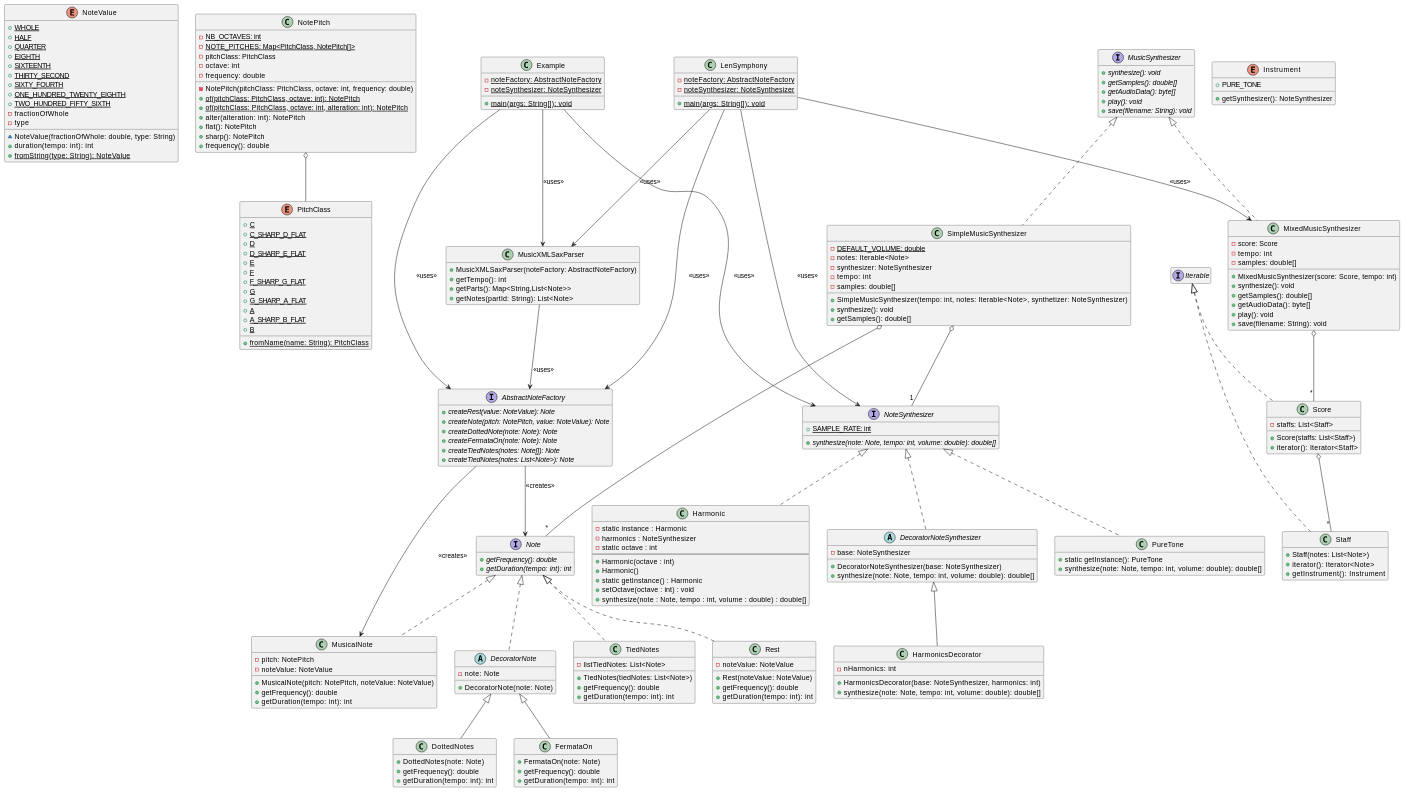
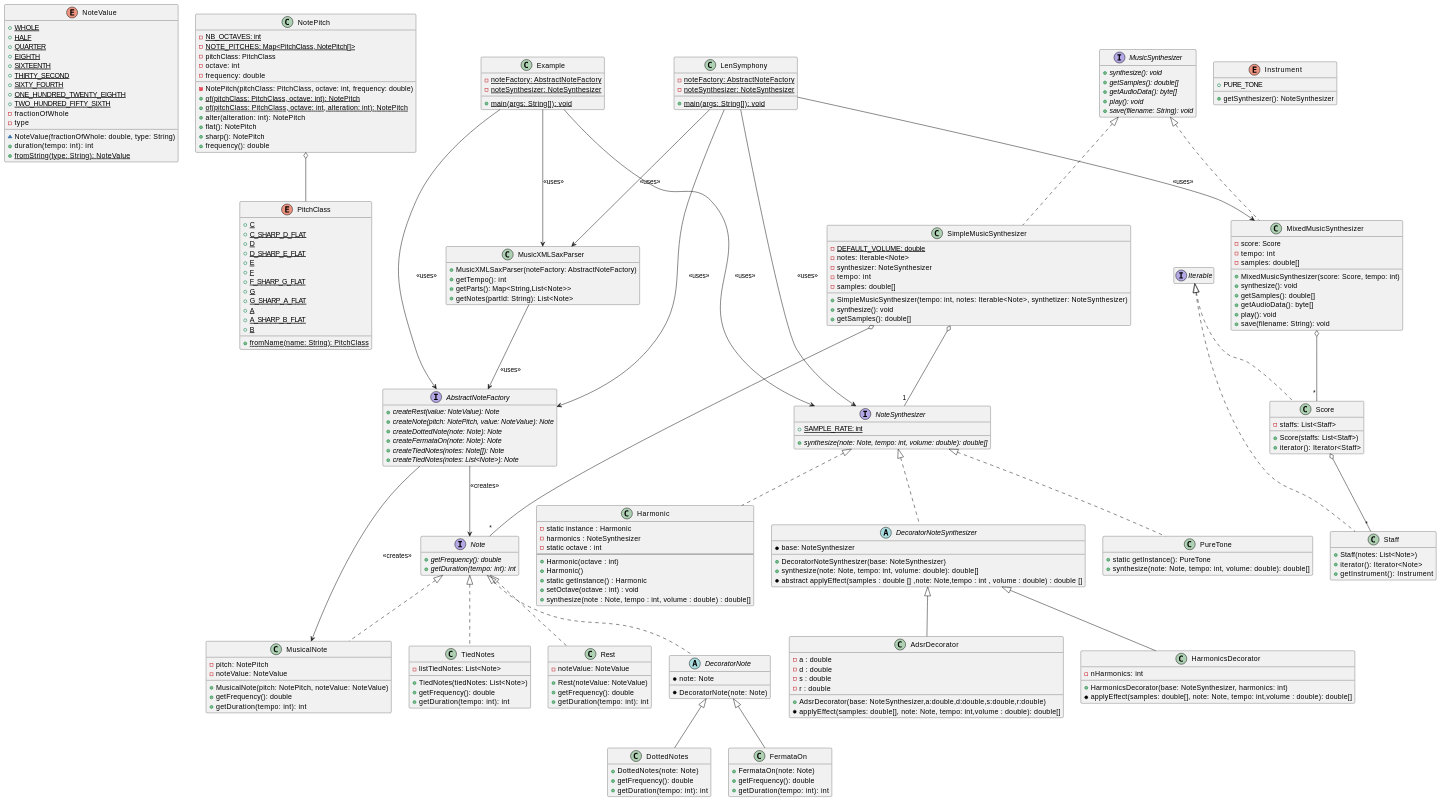
The diagram in README.md (Flamaiche/lensymphony), drawn with PlantUML before and after one commit. The commit also changed other lines of this file, not shown here.

Commit message:
Modification du README.md pour changer le diagramme de classe afin de le mettre a jour avec mes modifications et remplissage du tableau pour la case ADSR

```diff
--- a/README.md
+++ b/README.md
@@ -90,20 +90,31 @@
 
 
 abstract class DecoratorNoteSynthesizer implements NoteSynthesizer {
-    - base: NoteSynthesizer
+    * base: NoteSynthesizer
     + DecoratorNoteSynthesizer(base: NoteSynthesizer)
     + synthesize(note: Note, tempo: int, volume: double): double[]
+    * abstract applyEffect(samples : double [] ,note: Note,tempo : int , volume : double) : double []  
 }
 
 class HarmonicsDecorator extends DecoratorNoteSynthesizer {
     - nHarmonics: int
     + HarmonicsDecorator(base: NoteSynthesizer, harmonics: int)
-    + synthesize(note: Note, tempo: int, volume: double): double[]
+    * applyEffect(samples: double[], note: Note, tempo: int,volume : double): double[]
+}
+
+class AdsrDecorator extends DecoratorNoteSynthesizer{
+     - a : double
+     - d : double
+     - s : double
+     - r : double
+     +AdsrDecorator(base: NoteSynthesizer,a:double,d:double,s:double,r:double)
+     * applyEffect(samples: double[], note: Note, tempo: int,volume : double): double[]
+
 }
 
 abstract class DecoratorNote implements Note {
-    - note: Note
-    + DecoratorNote(note: Note)
+    * note: Note
+    * DecoratorNote(note: Note)
 }
 
 class DottedNotes extends DecoratorNote {
```
